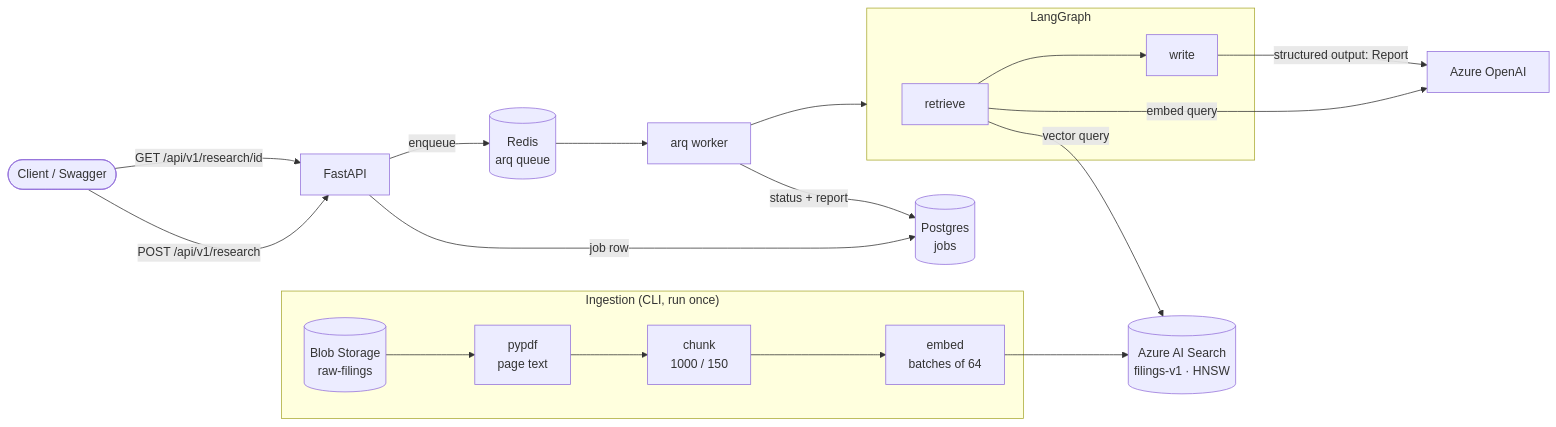
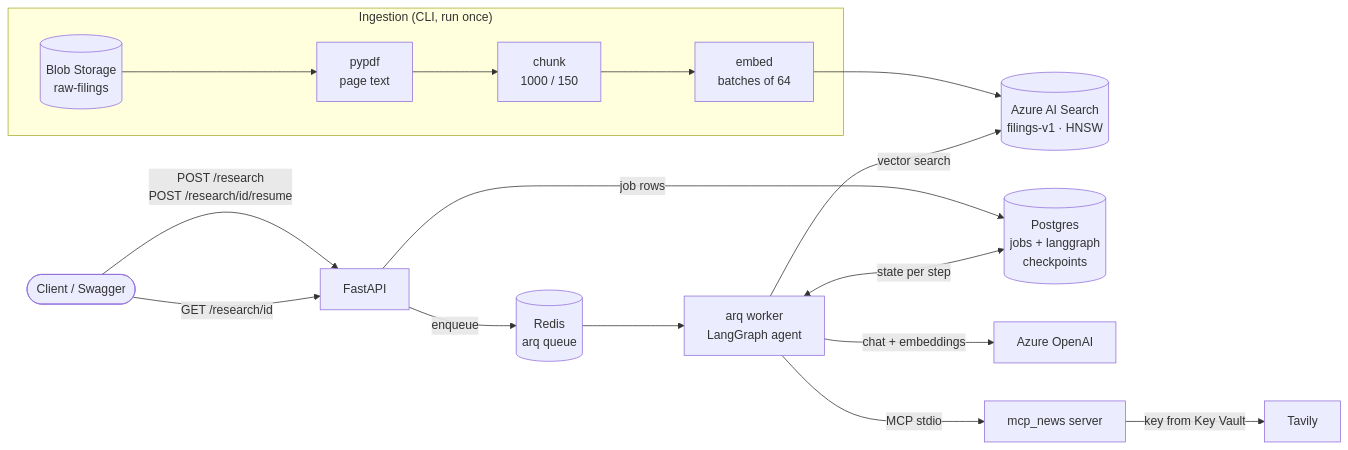
Before and after one commit to meetbrij/azure-market-intel-agent: the first of 2 diagrams in README.md, drawn with Mermaid. The commit also changed other lines of this file and 4 other files, not shown here.

````diff
--- a/README.md
+++ b/README.md
@@ -17,23 +21,20 @@
 ```mermaid
 flowchart LR
     subgraph Ingestion["Ingestion (CLI, run once)"]
         B[(Blob Storage<br/>raw-filings)] --> P[pypdf<br/>page text]
         P --> C[chunk<br/>1000 / 150]
         C --> E[embed<br/>batches of 64]
     end
     E --> S[(Azure AI Search<br/>filings-v1 · HNSW)]
 
-    U([Client / Swagger]) -->|POST /api/v1/research| API[FastAPI]
-    U -->|GET /api/v1/research/id| API
-    API -->|job row| PG[(Postgres<br/>jobs)]
+    U([Client / Swagger]) -->|POST /research<br/>POST /research/id/resume| API[FastAPI]
+    U -->|GET /research/id| API
+    API -->|job rows| PG[(Postgres<br/>jobs + langgraph<br/>checkpoints)]
     API -->|enqueue| R[(Redis<br/>arq queue)]
-    R --> W[arq worker]
-    W -->|status + report| PG
-    subgraph Graph["LangGraph"]
-        RT[retrieve] --> WR[write]
-    end
-    W --> Graph
-    RT -->|vector query| S
-    RT -->|embed query| AOAI[Azure OpenAI]
-    WR -->|structured output: Report| AOAI
+    R --> W[arq worker<br/>LangGraph agent]
+    W <-->|state per step| PG
+    W -->|vector search| S
+    W -->|chat + embeddings| AOAI[Azure OpenAI]
+    W -->|MCP stdio| N[mcp_news server]
+    N -->|key from Key Vault| T[Tavily]
 ```
````
